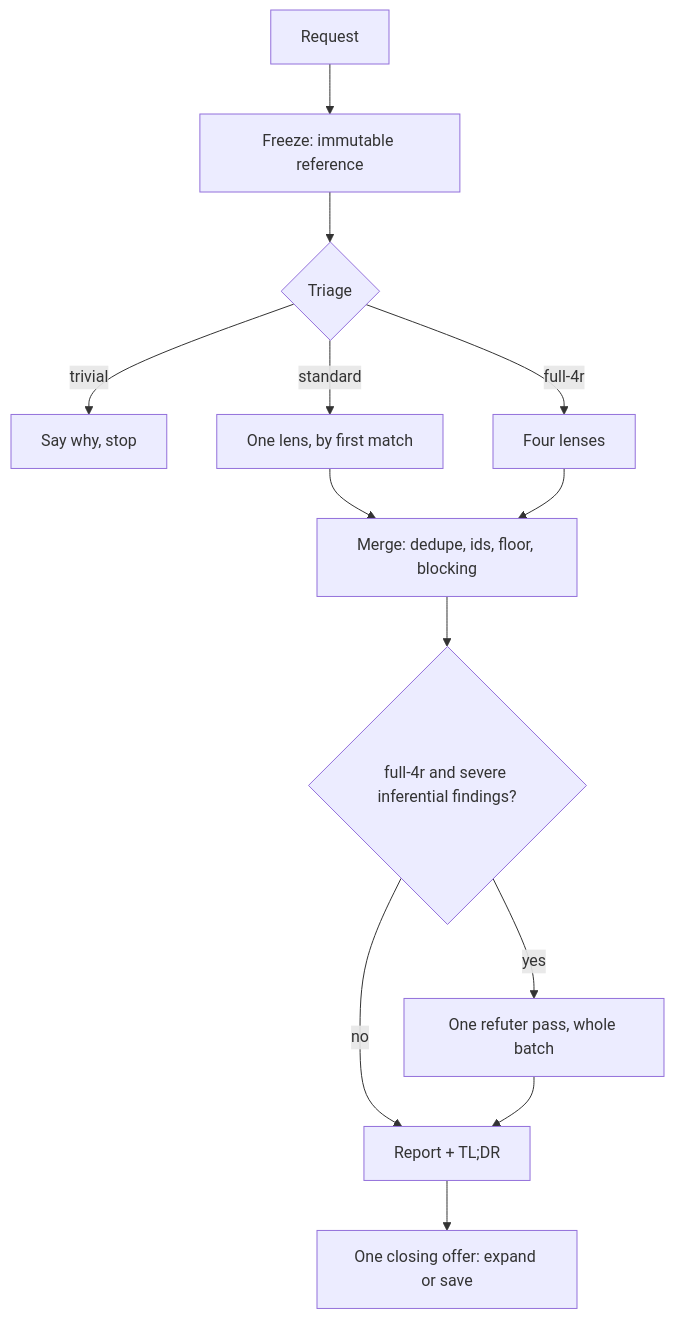
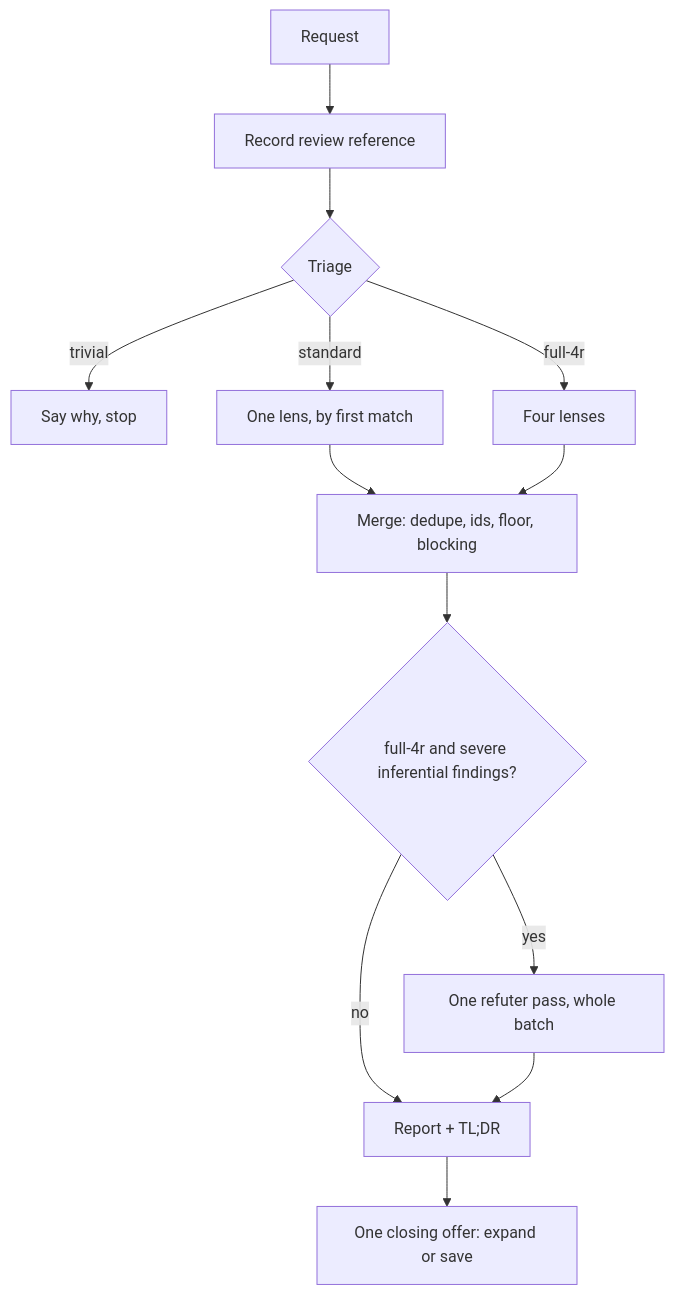
Before and after one commit to nico0695/ai-tools: the diagram in skills/generic-skills/production/4r-review/README.md, drawn with Mermaid. The commit also changed other lines of this file and 21 other files, not shown here.

````diff
--- a/skills/generic-skills/production/4r-review/README.md
+++ b/skills/generic-skills/production/4r-review/README.md
@@ -42,15 +42,15 @@
 ```mermaid
 flowchart TD
-    A[Request] --> B[Freeze: immutable reference]
+    A[Request] --> B[Record review reference]
     B --> C{Triage}
     C -->|trivial| D[Say why, stop]
     C -->|standard| E[One lens, by first match]
     C -->|full-4r| F[Four lenses]
     E --> G[Merge: dedupe, ids, floor, blocking]
     F --> G
     G --> H{full-4r and severe inferential findings?}
     H -->|yes| I[One refuter pass, whole batch]
     H -->|no| J[Report + TL;DR]
     I --> J
     J --> K[One closing offer: expand or save]
 ```
````
